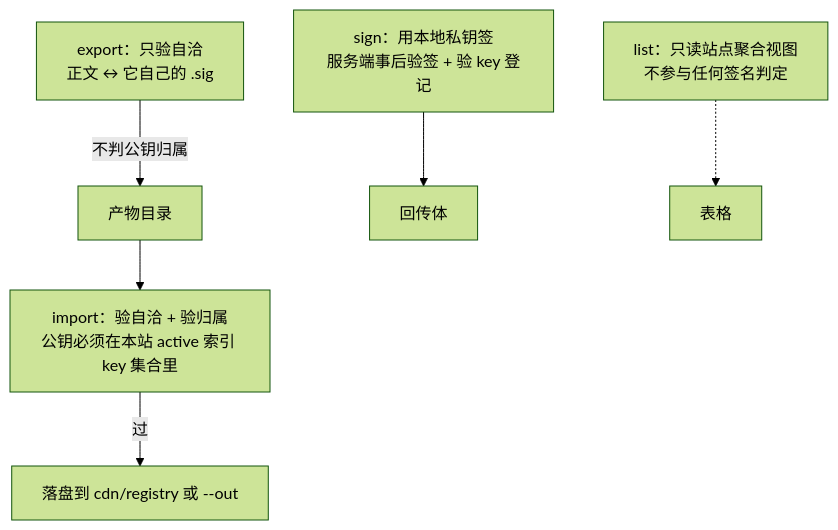
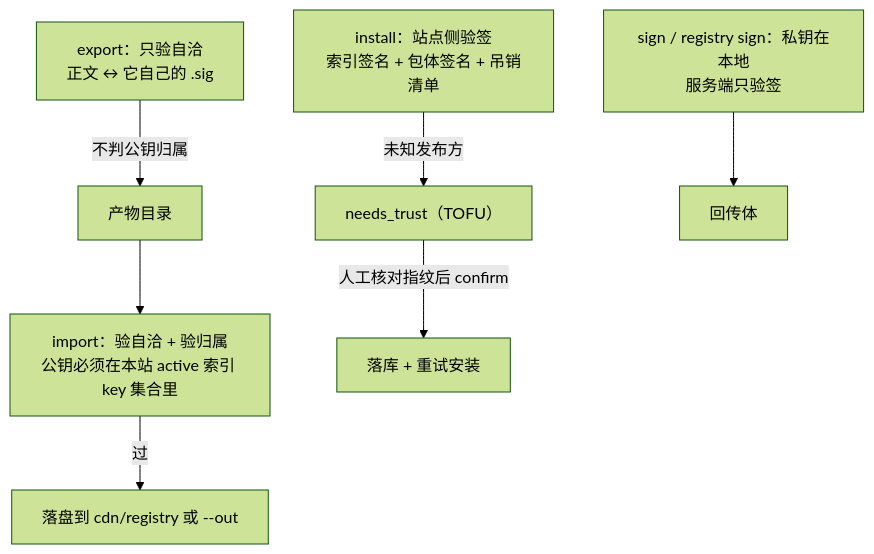
Before and after one commit to everpan/oj-module: the second of 21 diagrams in docs/prd/20261026-registry-cli-commands-design.md, drawn with Mermaid (forest theme). The commit also changed other lines of this file and 1 other file, not shown here.

Commit message:
docs(prd): registry 相关 CLI 命令全图（publish/install/sign/export/import/list 等，26 张 mermaid）

````diff
--- a/docs/prd/20261026-registry-cli-commands-design.md
+++ b/docs/prd/20261026-registry-cli-commands-design.md
@@ -55,10 +59,11 @@
 ```mermaid
 flowchart TB
     A["export：只验自洽<br/>正文 ↔ 它自己的 .sig"] -->|"不判公钥归属"| B["产物目录"]
     B --> C["import：验自洽 + 验归属<br/>公钥必须在本站 active 索引 key 集合里"]
     C -->|"过"| D["落盘到 cdn/registry 或 --out"]
 
-    E["sign：用本地私钥签<br/>服务端事后验签 + 验 key 登记"] --> F["回传体"]
+    E["install：站点侧验签<br/>索引签名 + 包体签名 + 吊销清单"] -->|"未知发布方"| F["needs_trust（TOFU）"]
+    F -->|"人工核对指纹后 confirm"| G["落库 + 重试安装"]
 
-    G["list：只读站点聚合视图<br/>不参与任何签名判定"] -.-> H["表格"]
+    H["sign / registry sign：私钥在本地<br/>服务端只验签"] --> I2["回传体"]
 ```
````
